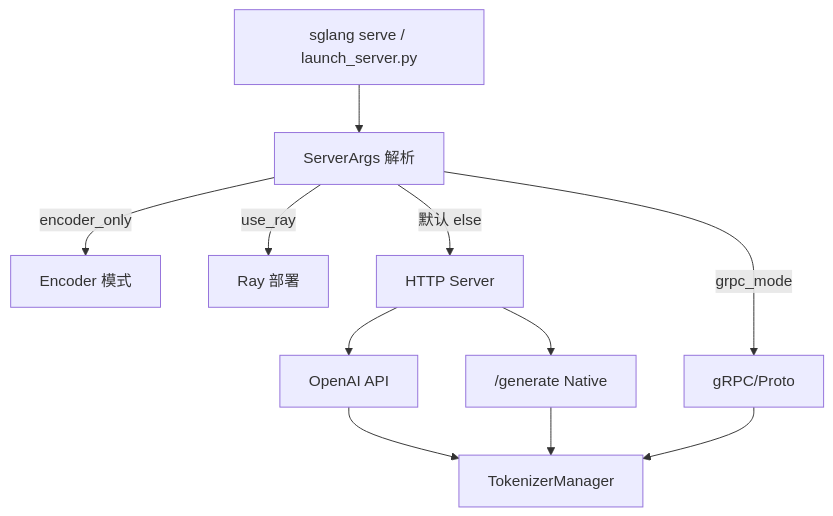
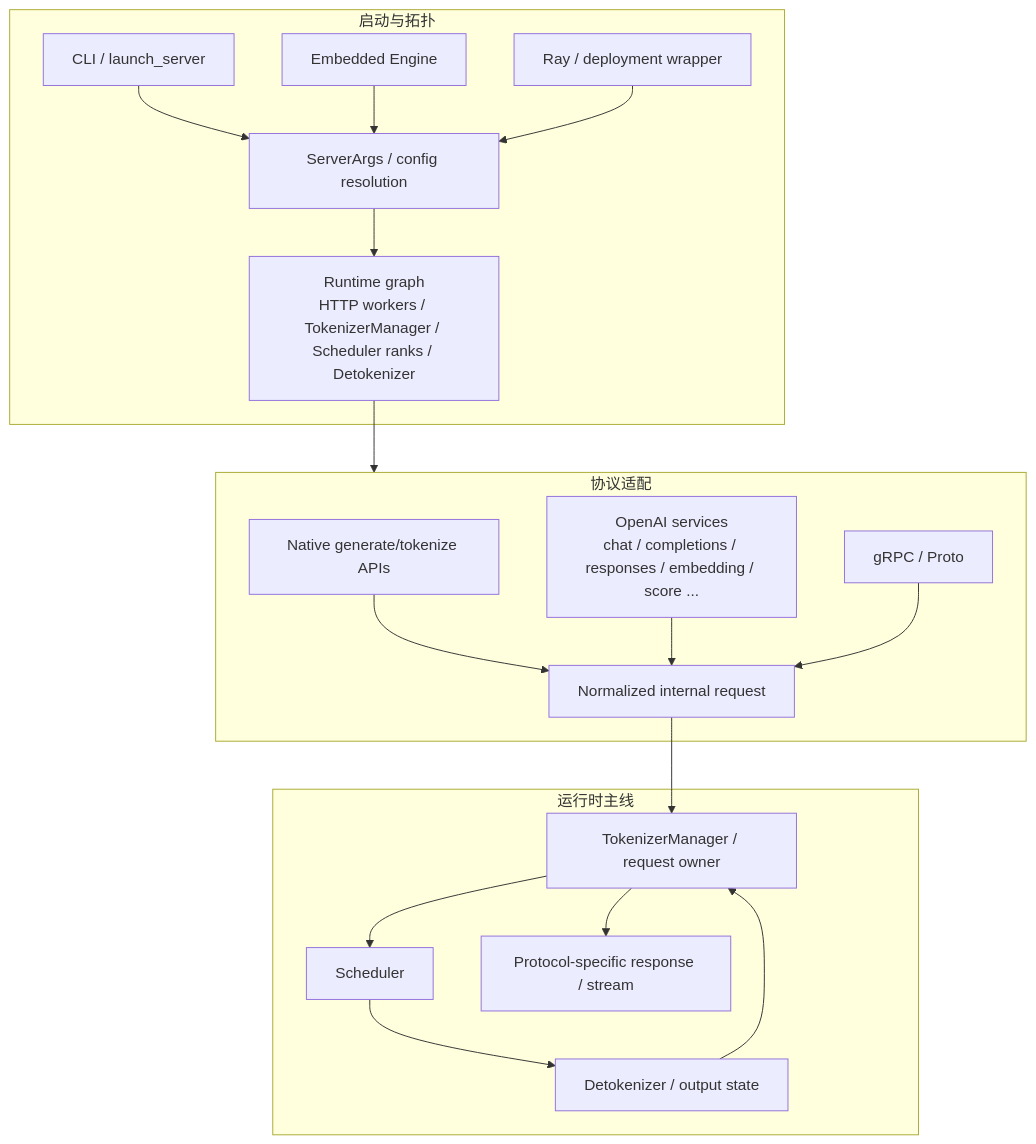
The diagram in sglang_reading/启动与入口/SGLang-启动与入口.md (OnlyHero5/sglang-reading-vault), drawn with Mermaid before and after one commit. The commit also changed other lines of this file and 512 other files, not shown here.

````diff
--- a/sglang_reading/启动与入口/SGLang-启动与入口.md
+++ b/sglang_reading/启动与入口/SGLang-启动与入口.md
@@ -36,15 +30,38 @@
 ```mermaid
-flowchart TD
- CLI["sglang serve / launch_server.py"]
- SA["ServerArgs 解析"]
- CLI --> SA
- SA -->|"encoder_only"| ENC[Encoder 模式]
- SA -->|"grpc_mode"| GRPC[gRPC/Proto]
- SA -->|"use_ray"| RAY[Ray 部署]
- SA -->|"默认 else"| HTTP[HTTP Server]
- HTTP --> OAI[OpenAI API]
- HTTP --> NAT["/generate Native"]
- OAI --> TM[TokenizerManager]
- NAT --> TM
- GRPC --> TM
+flowchart TB
+    subgraph START[启动与拓扑]
+        CLI[CLI / launch_server]
+        ENG[Embedded Engine]
+        DEP[Ray / deployment wrapper]
+        CFG[ServerArgs / config resolution]
+        PROC[Runtime graph<br/>HTTP workers / TokenizerManager / Scheduler ranks / Detokenizer]
+        CLI --> CFG
+        ENG --> CFG
+        DEP --> CFG
+        CFG --> PROC
+    end
+
+    subgraph ADAPT[协议适配]
+        NAT[Native generate/tokenize APIs]
+        OAI[OpenAI services<br/>chat / completions / responses / embedding / score ...]
+        GRPC[gRPC / Proto]
+        REQ[Normalized internal request]
+        NAT --> REQ
+        OAI --> REQ
+        GRPC --> REQ
+    end
+
+    subgraph CORE[运行时主线]
+        TM[TokenizerManager / request owner]
+        SCH[Scheduler]
+        DET[Detokenizer / output state]
+        OUT[Protocol-specific response / stream]
+        TM --> SCH
+        SCH --> DET
+        DET --> TM
+        TM --> OUT
+    end
+
+    PROC --> ADAPT
+    REQ --> TM
 ```
````
